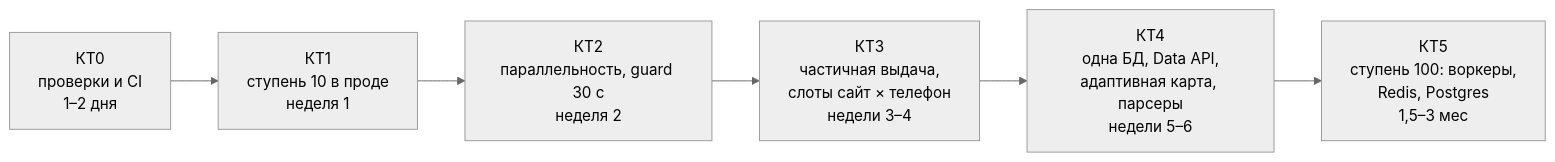
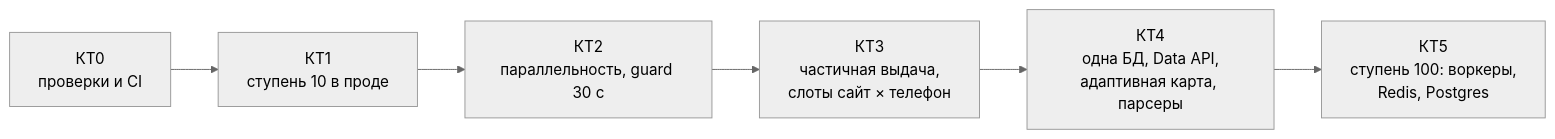
Before and after one commit to FizziksRU/aviaticket: the diagram in docs/audit/07_plan.md, drawn with Mermaid (neutral theme). The commit also changed other lines of this file, not shown here.

````diff
--- a/docs/audit/07_plan.md
+++ b/docs/audit/07_plan.md
@@ -9,8 +9,8 @@
 ```mermaid
 flowchart LR
-  K0[КТ0<br/>проверки и CI<br/>1–2 дня] --> K1[КТ1<br/>ступень 10 в проде<br/>неделя 1]
-  K1 --> K2[КТ2<br/>параллельность, guard 30 с<br/>неделя 2]
-  K2 --> K3[КТ3<br/>частичная выдача,<br/>слоты сайт × телефон<br/>недели 3–4]
-  K3 --> K4[КТ4<br/>одна БД, Data API,<br/>адаптивная карта, парсеры<br/>недели 5–6]
-  K4 --> K5[КТ5<br/>ступень 100: воркеры,<br/>Redis, Postgres<br/>1,5–3 мес]
+  K0[КТ0<br/>проверки и CI] --> K1[КТ1<br/>ступень 10 в проде]
+  K1 --> K2[КТ2<br/>параллельность, guard 30 с]
+  K2 --> K3[КТ3<br/>частичная выдача,<br/>слоты сайт × телефон]
+  K3 --> K4[КТ4<br/>одна БД, Data API,<br/>адаптивная карта, парсеры]
+  K4 --> K5[КТ5<br/>ступень 100: воркеры,<br/>Redis, Postgres]
 ```
````
